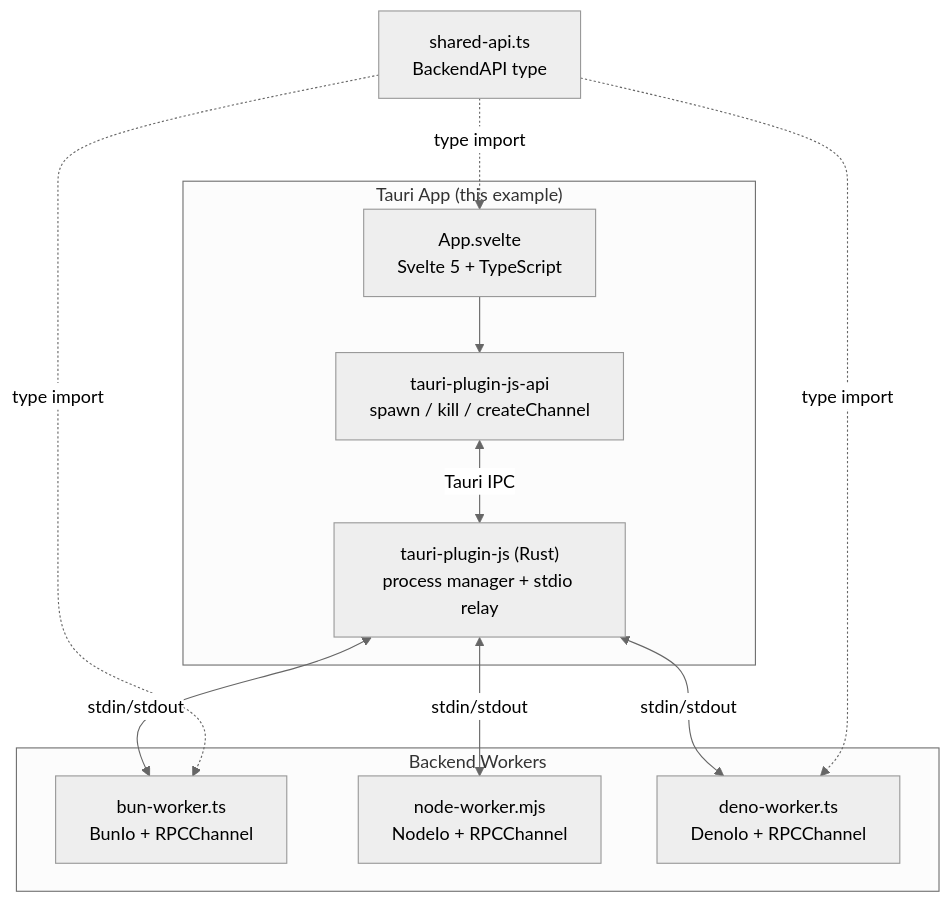
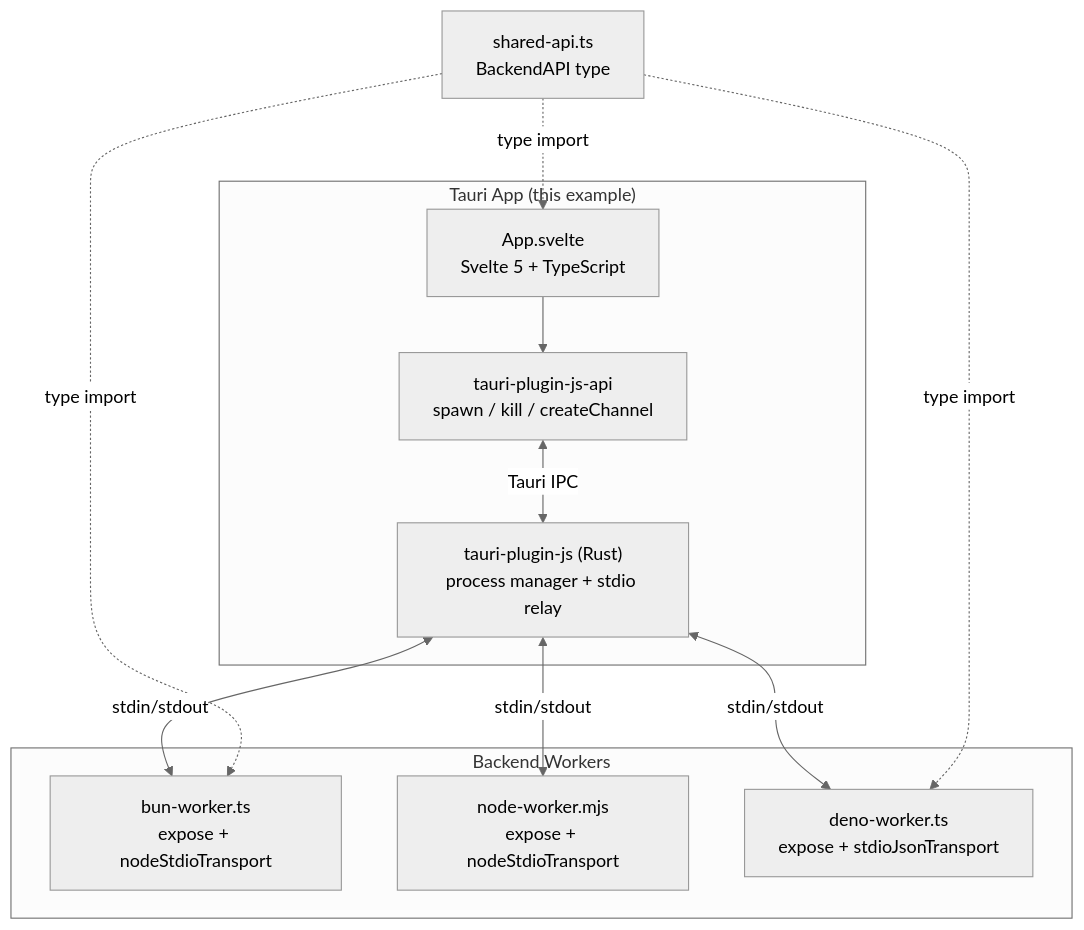
Before and after one commit to HuakunShen/tauri-plugin-js: the first of 2 diagrams in examples/tauri-app/README.md, drawn with Mermaid (neutral theme). The commit also changed other lines of this file and 14 other files, not shown here.

````diff
--- a/examples/tauri-app/README.md
+++ b/examples/tauri-app/README.md
@@ -61,25 +72,25 @@
 ```mermaid
 graph TB
     subgraph "Tauri App (this example)"
         UI["App.svelte<br/>Svelte 5 + TypeScript"]
         API["tauri-plugin-js-api<br/>spawn / kill / createChannel"]
         PLUG["tauri-plugin-js (Rust)<br/>process manager + stdio relay"]
     end
 
     subgraph "Backend Workers"
-        BUN["bun-worker.ts<br/>BunIo + RPCChannel"]
-        NODE["node-worker.mjs<br/>NodeIo + RPCChannel"]
-        DENO["deno-worker.ts<br/>DenoIo + RPCChannel"]
+        BUN["bun-worker.ts<br/>expose + nodeStdioTransport"]
+        NODE["node-worker.mjs<br/>expose + nodeStdioTransport"]
+        DENO["deno-worker.ts<br/>expose + stdioJsonTransport"]
     end
 
     SHARED["shared-api.ts<br/>BackendAPI type"]
 
     UI --> API
     API <-->|"Tauri IPC"| PLUG
     PLUG <-->|"stdin/stdout"| BUN
     PLUG <-->|"stdin/stdout"| NODE
     PLUG <-->|"stdin/stdout"| DENO
     SHARED -.->|"type import"| UI
     SHARED -.->|"type import"| BUN
     SHARED -.->|"type import"| DENO
 ```
````
